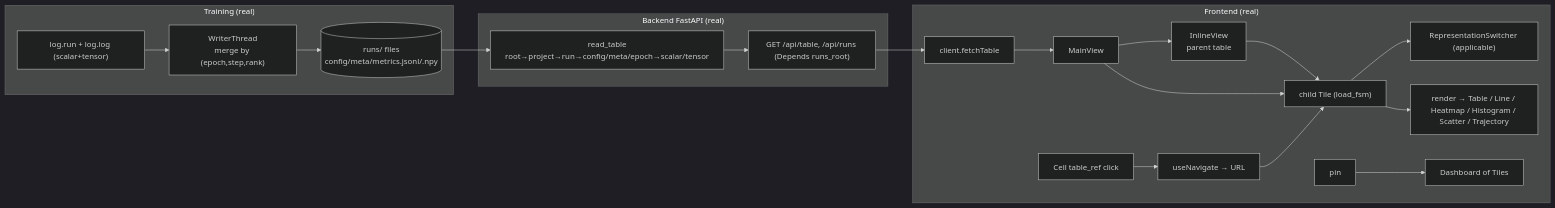
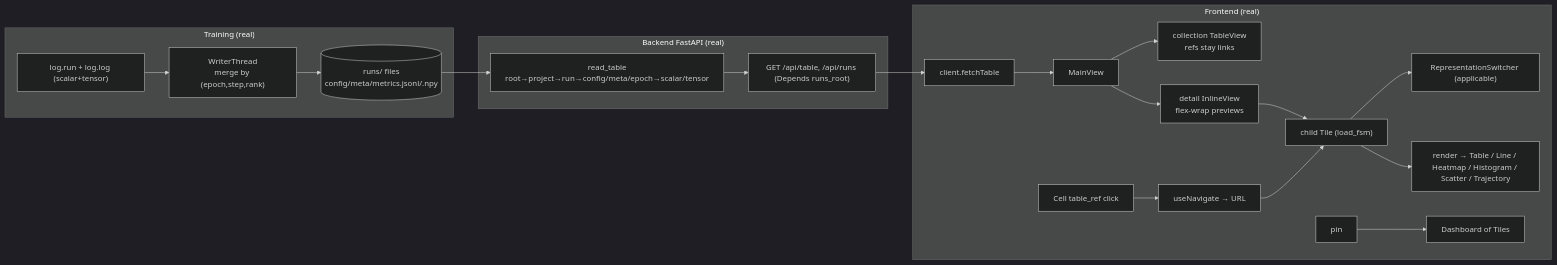
The diagram in STATUS.md (vladkalinichencko/log), drawn with Mermaid (dark theme) before and after one commit. The commit also changed other lines of this file and 9 other files, not shown here.

Commit message:
Fix collection and detail table UX

````diff
--- a/STATUS.md
+++ b/STATUS.md
@@ -7,22 +7,22 @@
 ```mermaid
 flowchart LR
   subgraph train["Training (real)"]
     R["log.run + log.log (scalar+tensor)"] --> W["WriterThread<br/>merge by (epoch,step,rank)"]
     W --> FS[("runs/ files<br/>config/meta/metrics.jsonl/.npy")]
   end
   subgraph back["Backend FastAPI (real)"]
     FS --> RT["read_table<br/>root→project→run→config/meta/epoch→scalar/tensor"]
     RT --> API["GET /api/table, /api/runs (Depends runs_root)"]
   end
   subgraph front["Frontend (real)"]
     API --> CL["client.fetchTable"]
     CL --> MAIN["MainView"]
-    MAIN --> IV["InlineView<br/>parent table"]
+    MAIN --> COL["collection TableView<br/>refs stay links"]
+    MAIN --> IV["detail InlineView<br/>flex-wrap previews"]
     IV --> T["child Tile (load_fsm)"]
-    MAIN --> T
     T --> SW["RepresentationSwitcher (applicable)"]
     T --> RND["render → Table / Line / Heatmap / Histogram / Scatter / Trajectory"]
     CELL["Cell table_ref click"] --> NAVG["useNavigate → URL"] --> T
     PIN["pin"] --> DASH["Dashboard of Tiles"]
   end
 ```
````
